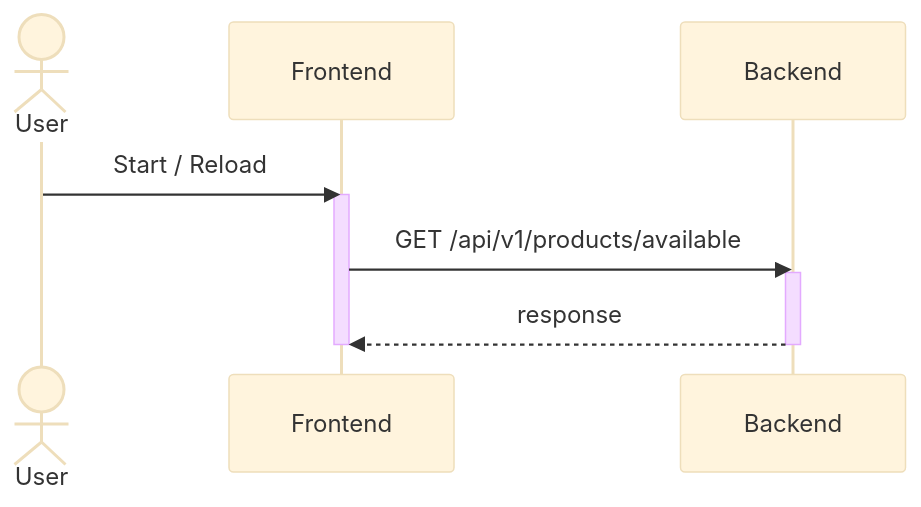
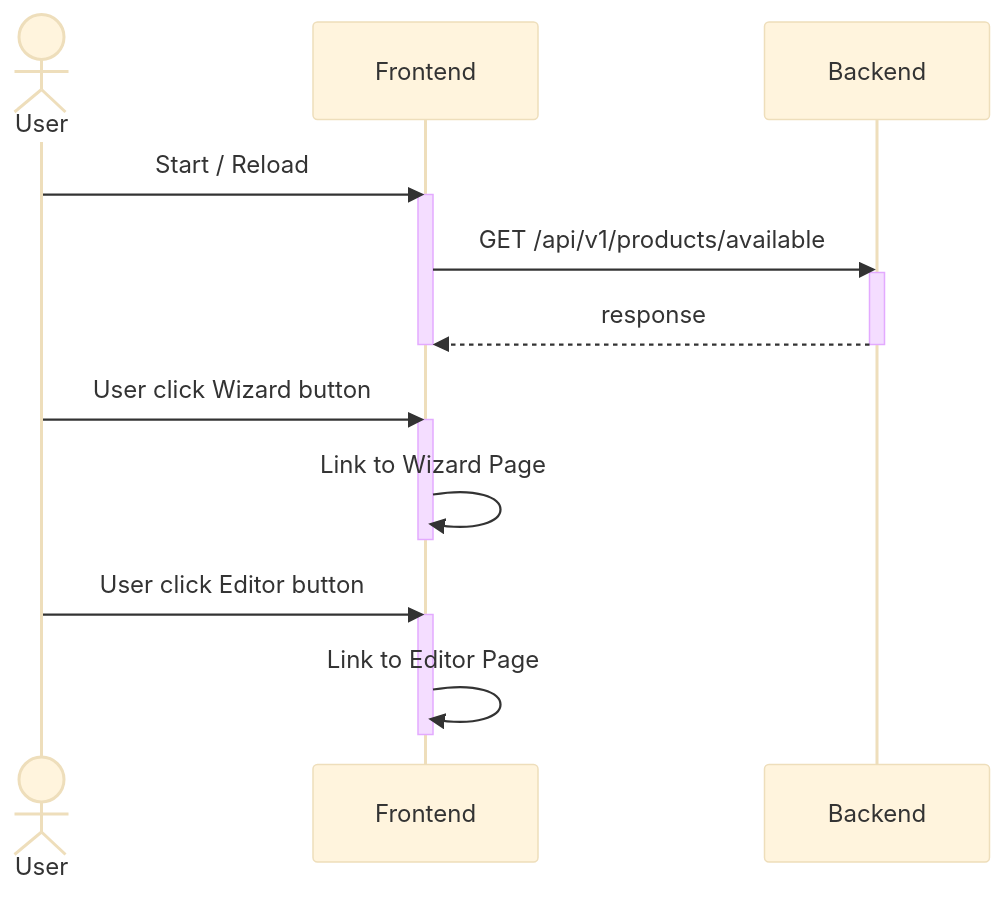
Before and after one commit to dychendavid/brainstorm-web: the first of 3 diagrams in README.md, drawn with Mermaid (base theme). The commit also changed other lines of this file, not shown here.

Commit message:
docs: add action in sequence diagram

````diff
--- a/README.md
+++ b/README.md
@@ -34,14 +34,25 @@
 ```mermaid
 sequenceDiagram
     actor U as User
     participant F as Frontend
     participant B as Backend
 
     U->>F: Start / Reload
     activate F
     F->>B: GET /api/v1/products/available
     activate B
     B-->>F: response
     deactivate F
     deactivate B
+
+    U->>F: User click Wizard button
+    activate F
+    F->>F: Link to Wizard Page
+    deactivate F
+
+    U->>F: User click Editor button
+    activate F
+    F->>F: Link to Editor Page
+    deactivate F
+
 ```
````
